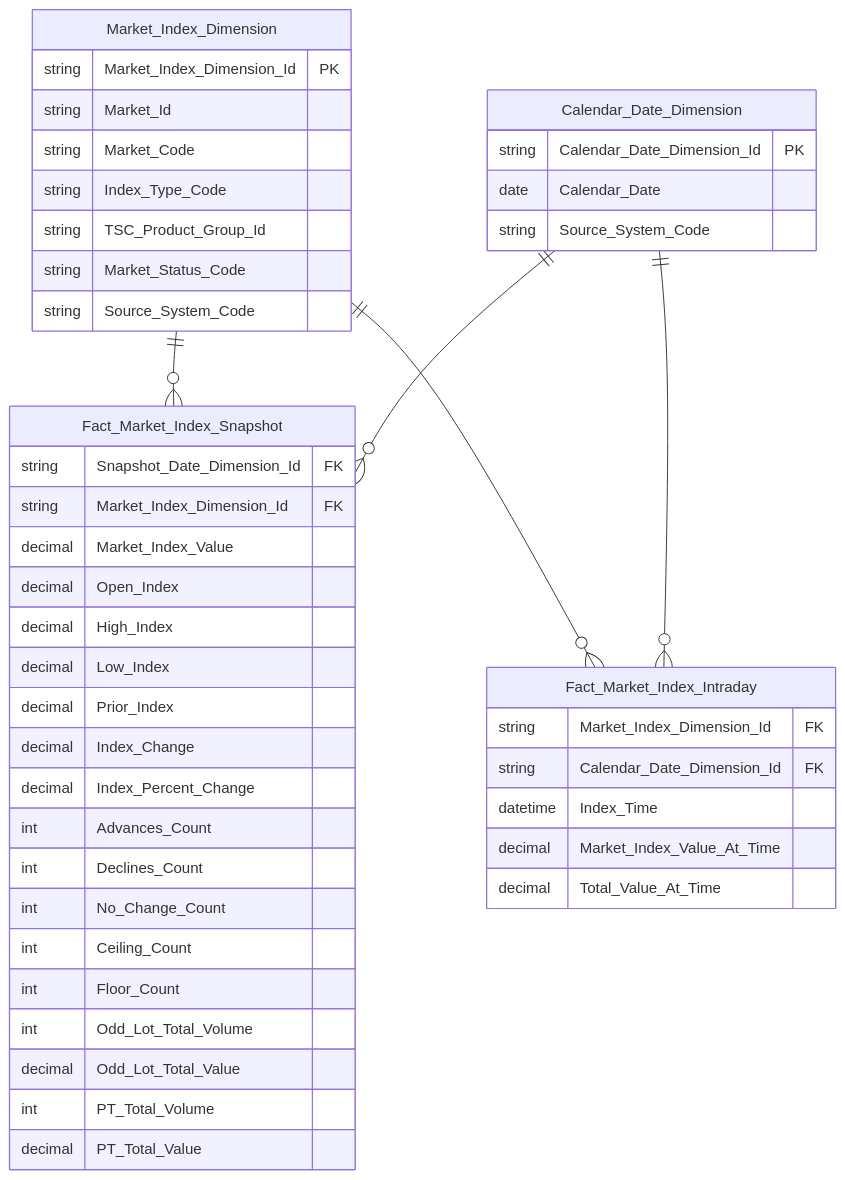
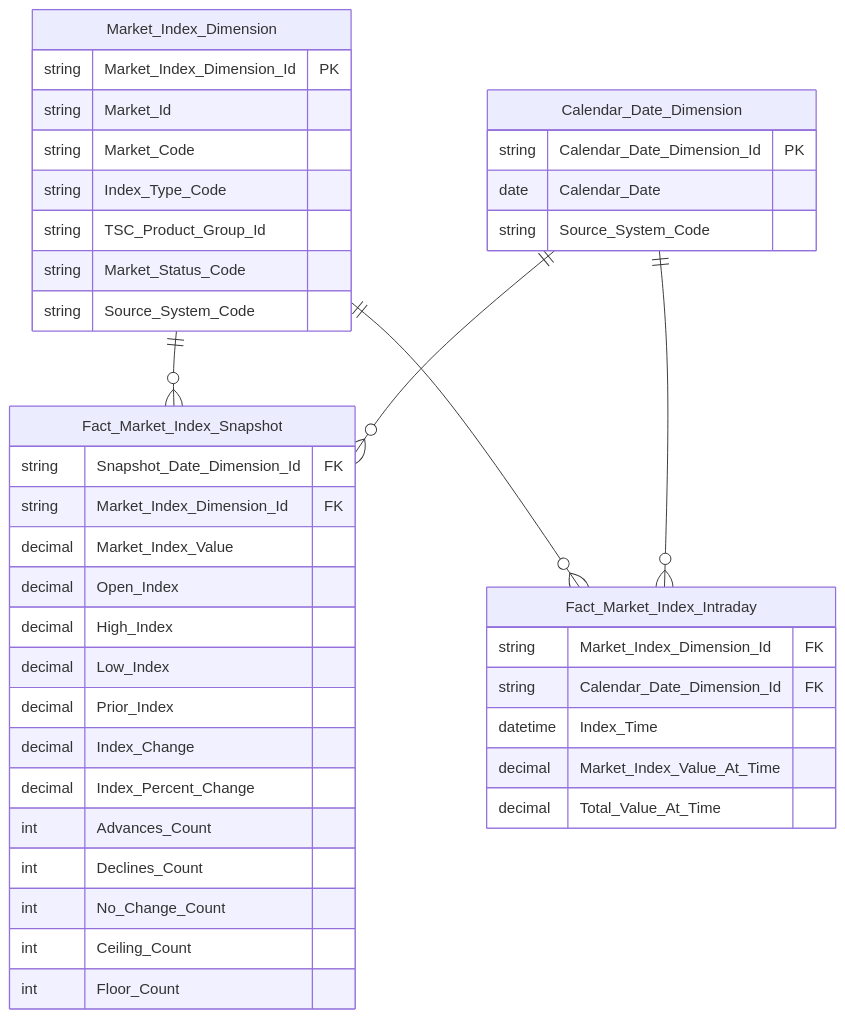
The tenth of 57 diagrams in Datamart/hld/DTM_GSTT_HLD.md (linhlvit/ubck_atomic_design), drawn with Mermaid before and after one commit. The commit also changed other lines of this file and 19 other files, not shown here.

````diff
--- a/Datamart/hld/DTM_GSTT_HLD.md
+++ b/Datamart/hld/DTM_GSTT_HLD.md
@@ -495,48 +495,44 @@
 ```mermaid
 erDiagram
     Market_Index_Dimension {
         string Market_Index_Dimension_Id PK
         string Market_Id
         string Market_Code
         string Index_Type_Code
         string TSC_Product_Group_Id
         string Market_Status_Code
         string Source_System_Code
     }
     Calendar_Date_Dimension {
         string Calendar_Date_Dimension_Id PK
         date Calendar_Date
         string Source_System_Code
     }
     Fact_Market_Index_Snapshot {
         string Snapshot_Date_Dimension_Id FK
         string Market_Index_Dimension_Id FK
         decimal Market_Index_Value
         decimal Open_Index
         decimal High_Index
         decimal Low_Index
         decimal Prior_Index
         decimal Index_Change
         decimal Index_Percent_Change
         int Advances_Count
         int Declines_Count
         int No_Change_Count
         int Ceiling_Count
         int Floor_Count
-        int Odd_Lot_Total_Volume
-        decimal Odd_Lot_Total_Value
-        int PT_Total_Volume
-        decimal PT_Total_Value
     }
     Fact_Market_Index_Intraday {
         string Market_Index_Dimension_Id FK
         string Calendar_Date_Dimension_Id FK
         datetime Index_Time
         decimal Market_Index_Value_At_Time
         decimal Total_Value_At_Time
     }
     Market_Index_Dimension ||--o{ Fact_Market_Index_Snapshot : " "
     Calendar_Date_Dimension ||--o{ Fact_Market_Index_Snapshot : " "
     Market_Index_Dimension ||--o{ Fact_Market_Index_Intraday : " "
     Calendar_Date_Dimension ||--o{ Fact_Market_Index_Intraday : " "
 ```
````
